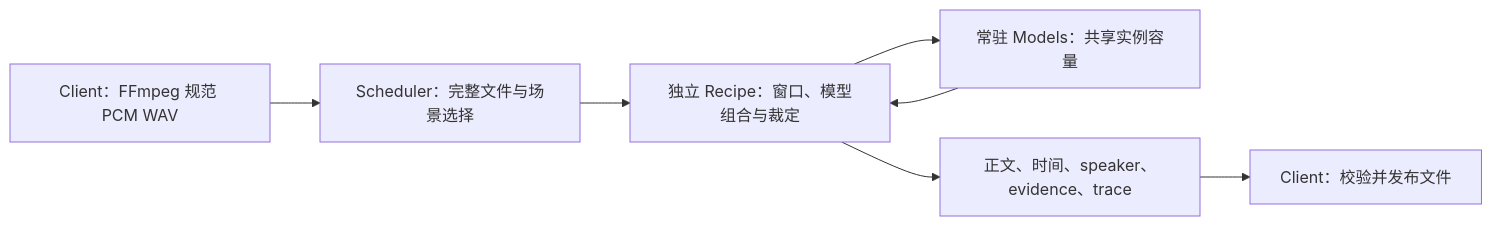
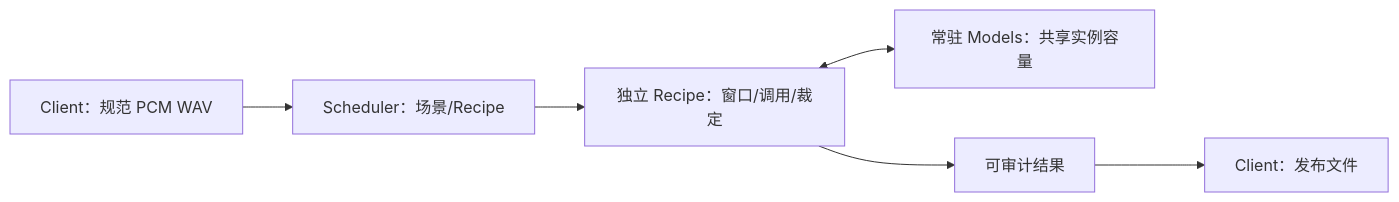
The diagram in platform/container/services/asr/AGENTS.md (curoky/codespace), drawn with Mermaid before and after one commit. The commit also changed other lines of this file and 13 other files, not shown here.

````diff
--- a/platform/container/services/asr/AGENTS.md
+++ b/platform/container/services/asr/AGENTS.md
@@ -51,9 +36,7 @@
 ```mermaid
 flowchart LR
-    Client["Client：FFmpeg 规范 PCM WAV"] --> Scheduler["Scheduler：完整文件与场景选择"]
-    Scheduler --> Recipes["独立 Recipe：窗口、模型组合与裁定"]
-    Recipes --> Models["常驻 Models：共享实例容量"]
-    Models --> Recipes
-    Recipes --> Result["正文、时间、speaker、evidence、trace"]
-    Result --> Publish["Client：校验并发布文件"]
+    Client["Client：规范 PCM WAV"] --> Scheduler["Scheduler：场景/Recipe"]
+    Scheduler --> Recipe["独立 Recipe：窗口/调用/裁定"]
+    Recipe <--> Models["常驻 Models：共享实例容量"]
+    Recipe --> Result["可审计结果"] --> Publish["Client：发布文件"]
 ```
````
